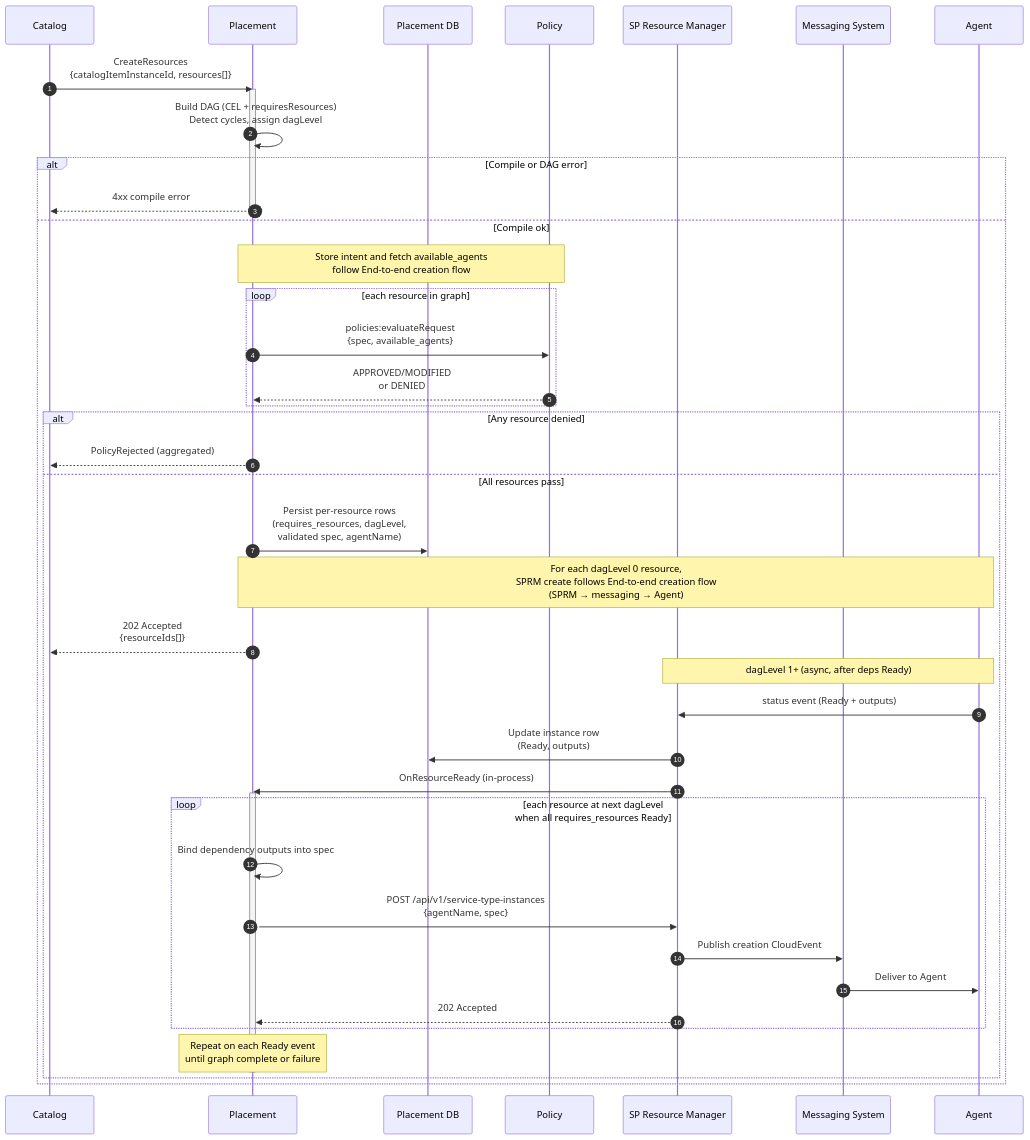
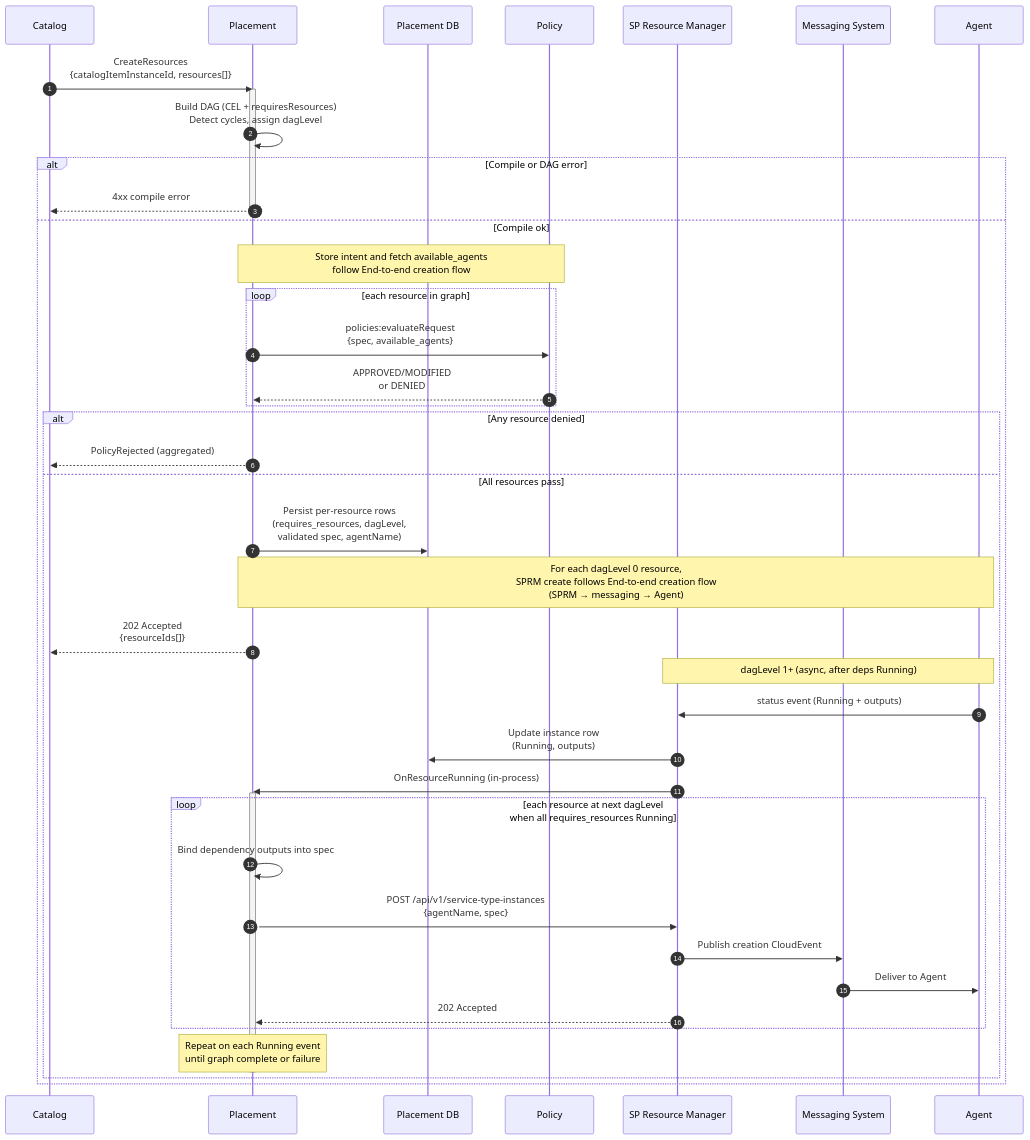
The third of 4 diagrams in enhancements/placement-manager/placement-manager.md (dcm-project/enhancements), drawn with Mermaid before and after one commit. The commit also changed other lines of this file, not shown here.

Commit message:
Update status to running + fix wording Assisted-By: Cursor AI

````diff
--- a/enhancements/placement-manager/placement-manager.md
+++ b/enhancements/placement-manager/placement-manager.md
@@ -570,57 +570,57 @@
 ```mermaid
 sequenceDiagram
     autonumber
     participant CM as Catalog
     participant PM as Placement
     participant DB as Placement DB
     participant PE as Policy
     participant SPRM as SP Resource Manager
     participant MS as Messaging System
     participant AG as Agent
 
     CM->>PM: CreateResources<br/>{catalogItemInstanceId, resources[]}
     activate PM
 
     PM->>PM: Build DAG (CEL + requiresResources)<br/>Detect cycles, assign dagLevel
     alt Compile or DAG error
         PM-->>CM: 4xx compile error
         deactivate PM
     else Compile ok
 
         Note over PM,PE: Store intent and fetch available_agents<br/>follow End-to-end creation flow
 
         loop each resource in graph
             PM->>PE: policies:evaluateRequest<br/>{spec, available_agents}
             PE-->>PM: APPROVED/MODIFIED<br/> or DENIED
         end
 
         alt Any resource denied
             PM-->>CM: PolicyRejected (aggregated)
         else All resources pass
 
             PM->>DB: Persist per-resource rows<br/>(requires_resources, dagLevel,<br/> validated spec, agentName)
 
             Note over PM,AG: For each dagLevel 0 resource,<br/>SPRM create follows End-to-end creation flow<br/>(SPRM → messaging → Agent)
 
             PM-->>CM: 202 Accepted<br/>{resourceIds[]}
 
-            Note over AG,SPRM: dagLevel 1+ (async, after deps Ready)
+            Note over AG,SPRM: dagLevel 1+ (async, after deps Running)
 
-            AG->>SPRM: status event (Ready + outputs)
-            SPRM->>DB: Update instance row<br/>(Ready, outputs)
-            SPRM->>PM: OnResourceReady (in-process)
+            AG->>SPRM: status event (Running + outputs)
+            SPRM->>DB: Update instance row<br/>(Running, outputs)
+            SPRM->>PM: OnResourceRunning (in-process)
             activate PM
 
-            loop each resource at next dagLevel<br/>when all requires_resources Ready
+            loop each resource at next dagLevel<br/>when all requires_resources Running
                 PM->>PM: Bind dependency outputs into spec
                 PM->>SPRM: POST /api/v1/service-type-instances<br/>{agentName, spec}
                 SPRM->>MS: Publish creation CloudEvent
                 MS->>AG: Deliver to Agent
                 SPRM-->>PM: 202 Accepted
             end
 
-            Note over PM: Repeat on each Ready event<br/>until graph complete or failure
+            Note over PM: Repeat on each Running event<br/>until graph complete or failure
             deactivate PM
         end
     end
 ```
````
